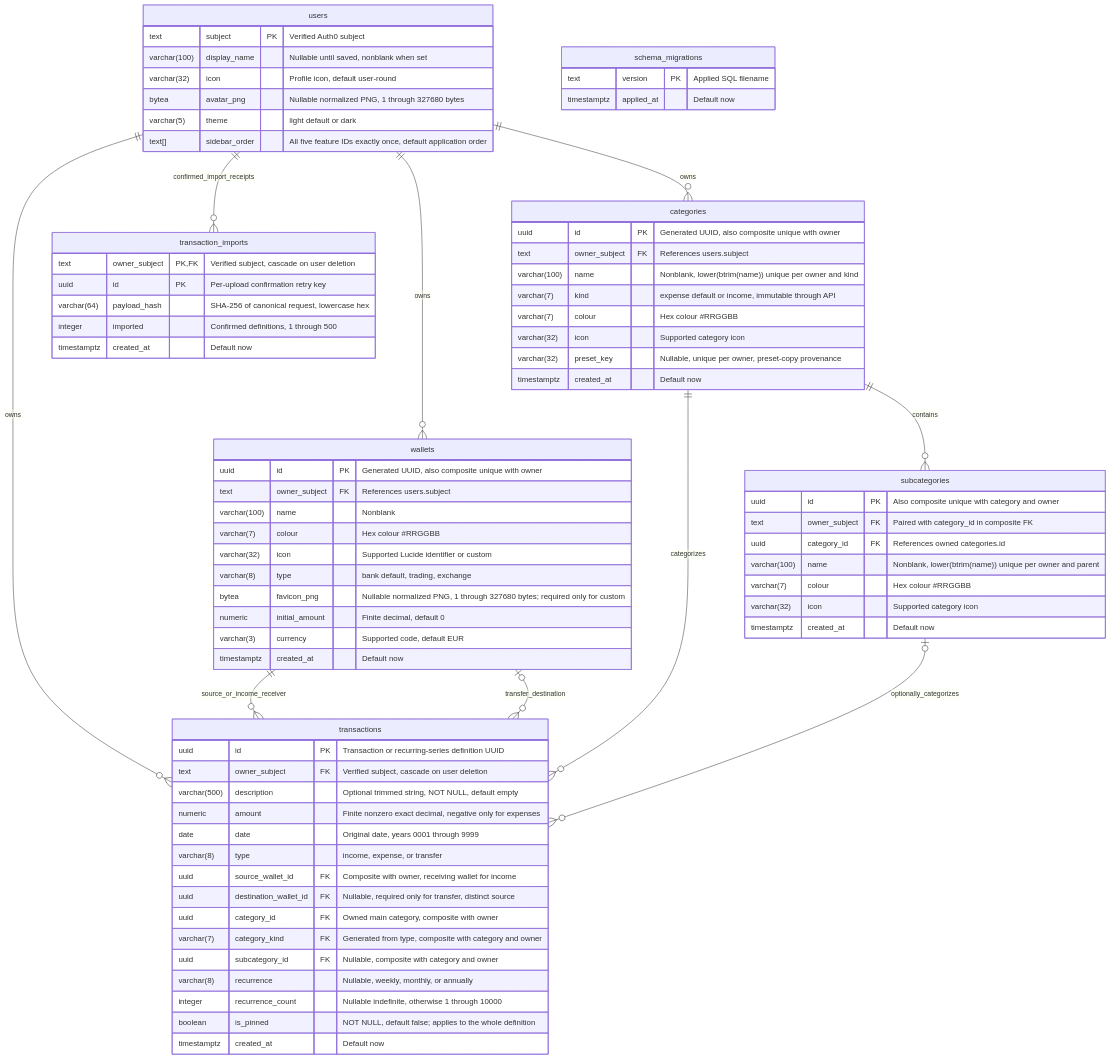
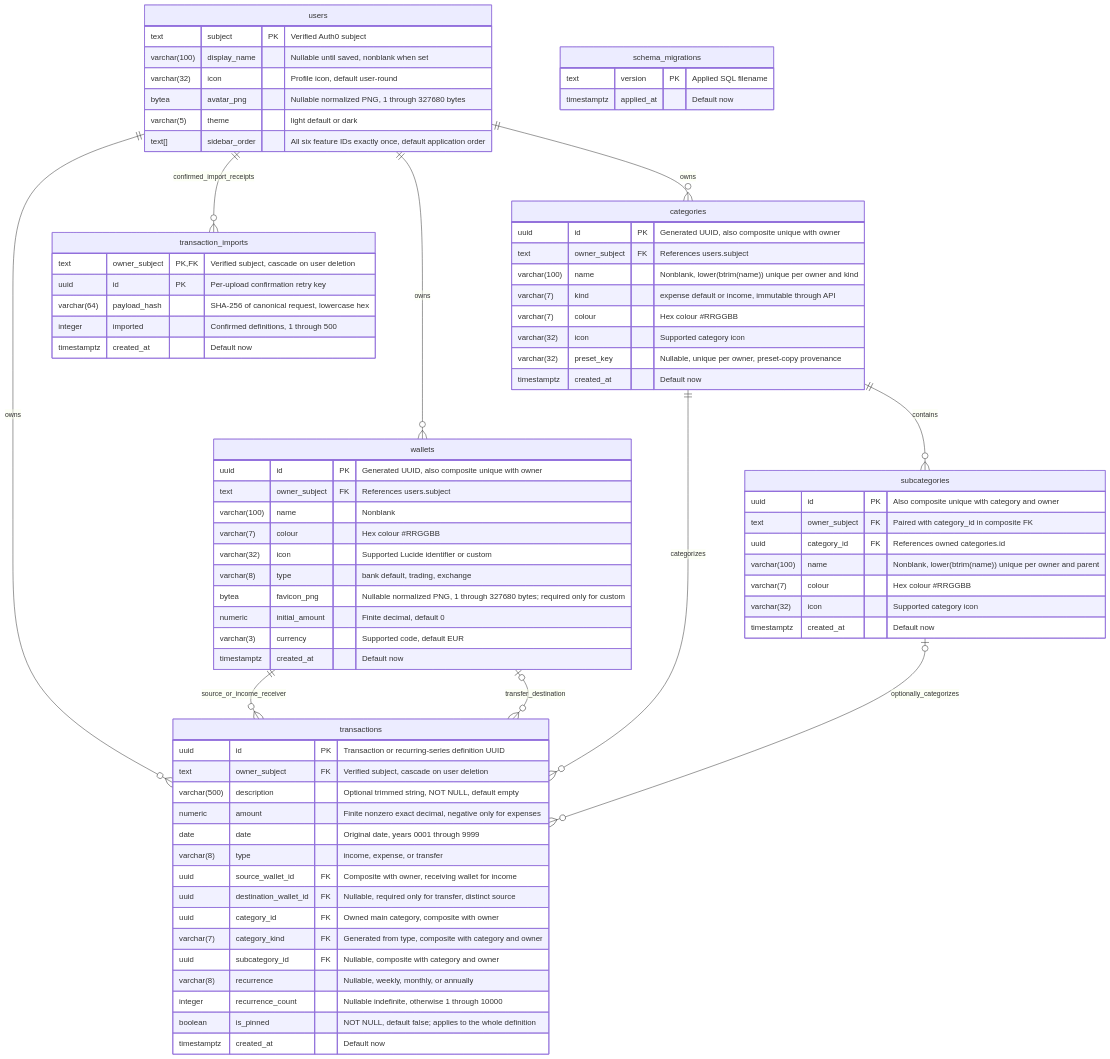
One commit to lucagiorgino/wealth changed the first of 29 diagrams in docs/IMPLEMENTATION_STATUS.md. Above: the diagram before and after it, drawn with Mermaid. The commit also changed other lines of this file and 21 other files, not shown here.

````diff
--- a/docs/IMPLEMENTATION_STATUS.md
+++ b/docs/IMPLEMENTATION_STATUS.md
@@ -477,79 +478,79 @@
 ```mermaid
 erDiagram
     users ||--o{ wallets : owns
     users ||--o{ categories : owns
     categories ||--o{ subcategories : contains
     users ||--o{ transactions : owns
     users ||--o{ transaction_imports : confirmed_import_receipts
     wallets ||--o{ transactions : source_or_income_receiver
     wallets |o--o{ transactions : transfer_destination
     categories ||--o{ transactions : categorizes
     subcategories |o--o{ transactions : optionally_categorizes
     users {
         text subject PK "Verified Auth0 subject"
         varchar(100) display_name "Nullable until saved, nonblank when set"
         varchar(32) icon "Profile icon, default user-round"
         bytea avatar_png "Nullable normalized PNG, 1 through 327680 bytes"
         varchar(5) theme "light default or dark"
-        text[] sidebar_order "All five feature IDs exactly once, default application order"
+        text[] sidebar_order "All six feature IDs exactly once, default application order"
     }
     wallets {
         uuid id PK "Generated UUID, also composite unique with owner"
         text owner_subject FK "References users.subject"
         varchar(100) name "Nonblank"
         varchar(7) colour "Hex colour #RRGGBB"
         varchar(32) icon "Supported Lucide identifier or custom"
         varchar(8) type "bank default, trading, exchange"
         bytea favicon_png "Nullable normalized PNG, 1 through 327680 bytes; required only for custom"
         numeric initial_amount "Finite decimal, default 0"
         varchar(3) currency "Supported code, default EUR"
         timestamptz created_at "Default now"
     }
     categories {
         uuid id PK "Generated UUID, also composite unique with owner"
         text owner_subject FK "References users.subject"
         varchar(100) name "Nonblank, lower(btrim(name)) unique per owner and kind"
         varchar(7) kind "expense default or income, immutable through API"
         varchar(7) colour "Hex colour #RRGGBB"
         varchar(32) icon "Supported category icon"
         varchar(32) preset_key "Nullable, unique per owner, preset-copy provenance"
         timestamptz created_at "Default now"
     }
     subcategories {
         uuid id PK "Also composite unique with category and owner"
         text owner_subject FK "Paired with category_id in composite FK"
         uuid category_id FK "References owned categories.id"
         varchar(100) name "Nonblank, lower(btrim(name)) unique per owner and parent"
         varchar(7) colour "Hex colour #RRGGBB"
         varchar(32) icon "Supported category icon"
         timestamptz created_at "Default now"
     }
     transactions {
         uuid id PK "Transaction or recurring-series definition UUID"
         text owner_subject FK "Verified subject, cascade on user deletion"
         varchar(500) description "Optional trimmed string, NOT NULL, default empty"
         numeric amount "Finite nonzero exact decimal, negative only for expenses"
         date date "Original date, years 0001 through 9999"
         varchar(8) type "income, expense, or transfer"
         uuid source_wallet_id FK "Composite with owner, receiving wallet for income"
         uuid destination_wallet_id FK "Nullable, required only for transfer, distinct source"
         uuid category_id FK "Owned main category, composite with owner"
         varchar(7) category_kind FK "Generated from type, composite with category and owner"
         uuid subcategory_id FK "Nullable, composite with category and owner"
         varchar(8) recurrence "Nullable, weekly, monthly, or annually"
         integer recurrence_count "Nullable indefinite, otherwise 1 through 10000"
         boolean is_pinned "NOT NULL, default false; applies to the whole definition"
         timestamptz created_at "Default now"
     }
     transaction_imports {
         text owner_subject PK, FK "Verified subject, cascade on user deletion"
         uuid id PK "Per-upload confirmation retry key"
         varchar(64) payload_hash "SHA-256 of canonical request, lowercase hex"
         integer imported "Confirmed definitions, 1 through 500"
         timestamptz created_at "Default now"
     }
     schema_migrations {
         text version PK "Applied SQL filename"
         timestamptz applied_at "Default now"
     }
 ```
````
